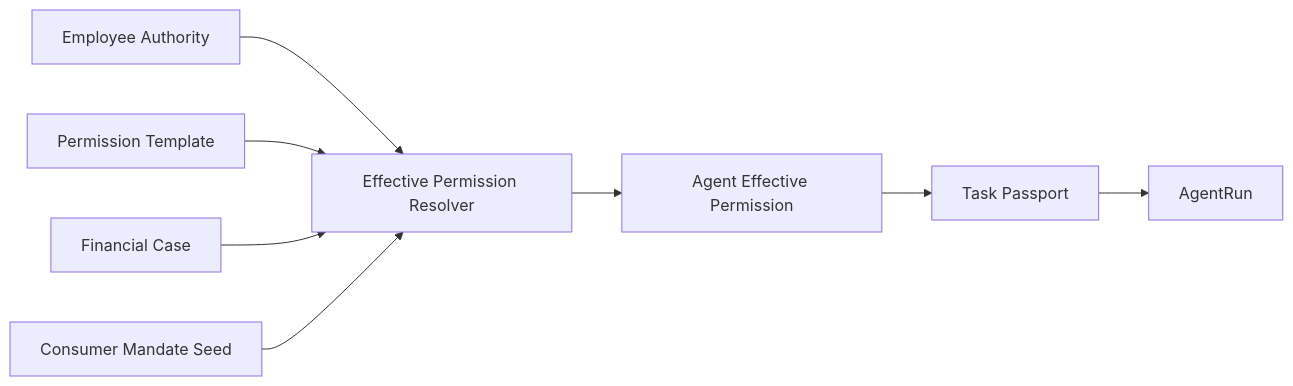
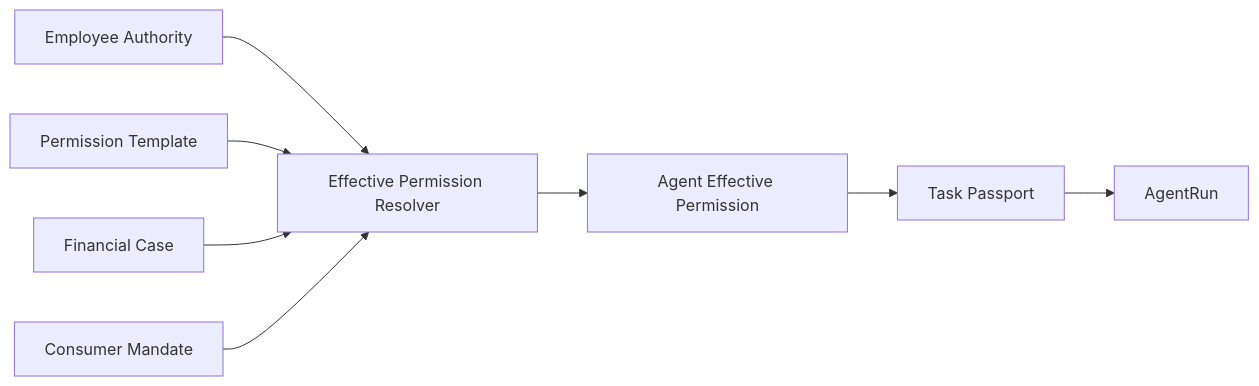
The first of 5 diagrams in docs/02-architecture.md (FinGuardName/FinBound), drawn with Mermaid before and after one commit. The commit also changed other lines of this file and 23 other files, not shown here.

````diff
--- a/docs/02-architecture.md
+++ b/docs/02-architecture.md
@@ -27,10 +26,10 @@
 ```mermaid
 flowchart LR
     EA[Employee Authority] --> EP[Effective Permission Resolver]
     PT[Permission Template] --> EP
     FC[Financial Case] --> EP
-    CM[Consumer Mandate Seed] --> EP
+    CM[Consumer Mandate] --> EP
     EP --> PERM[Agent Effective Permission]
     PERM --> TP[Task Passport]
     TP --> RUN[AgentRun]
 ```
````
